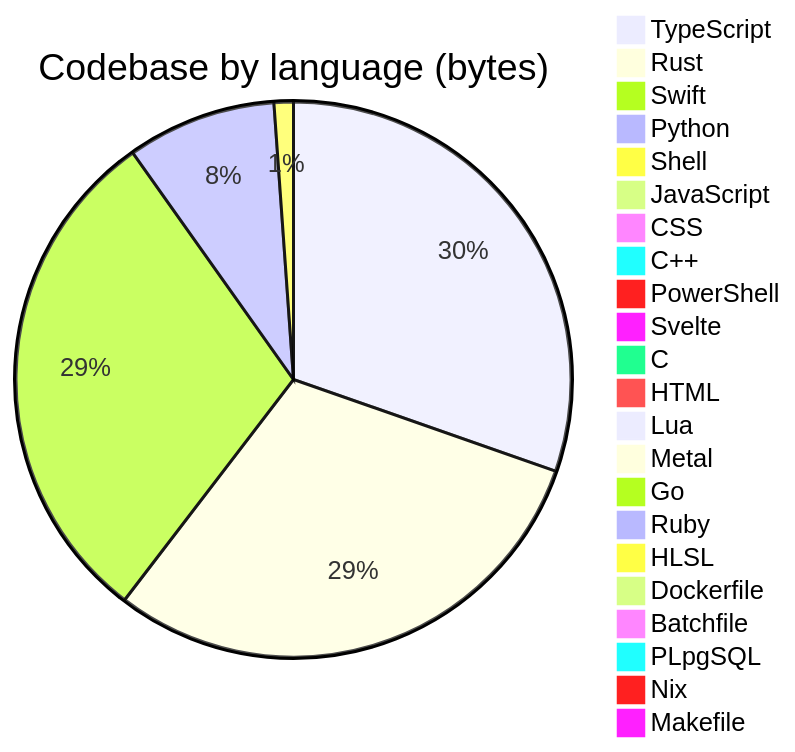
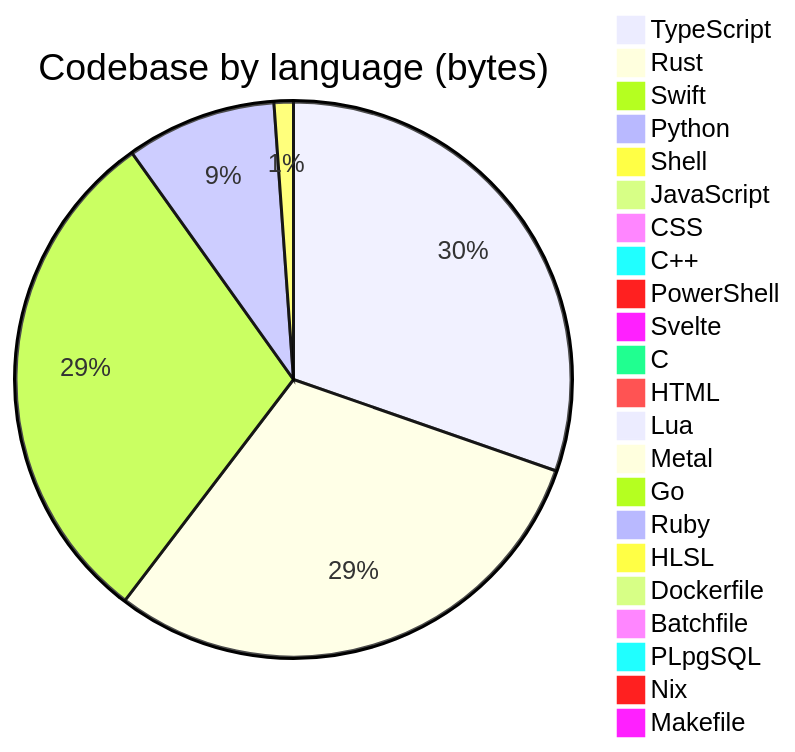
The diagram in profile/README.md (Open330/.github), drawn with Mermaid before and after one commit. The commit also changed other lines of this file and 1 other file, not shown here.

````diff
--- a/profile/README.md
+++ b/profile/README.md
@@ -139,25 +139,25 @@
 ```mermaid
 pie title Codebase by language (bytes)
-    "TypeScript" : 39458158
-    "Rust" : 39058613
-    "Swift" : 38707951
-    "Python" : 11296352
+    "TypeScript" : 39471540
+    "Rust" : 39091164
+    "Swift" : 38750481
+    "Python" : 11358353
     "Shell" : 1464471
     "JavaScript" : 986947
-    "CSS" : 521964
+    "CSS" : 521507
     "C++" : 388775
     "PowerShell" : 333788
     "Svelte" : 275766
     "C" : 197825
     "HTML" : 179522
     "Lua" : 48814
     "Metal" : 33192
     "Go" : 22811
     "Ruby" : 9499
     "HLSL" : 7527
     "Dockerfile" : 7454
     "Batchfile" : 5660
     "PLpgSQL" : 5283
     "Nix" : 3168
     "Makefile" : 1692
 ```
````
